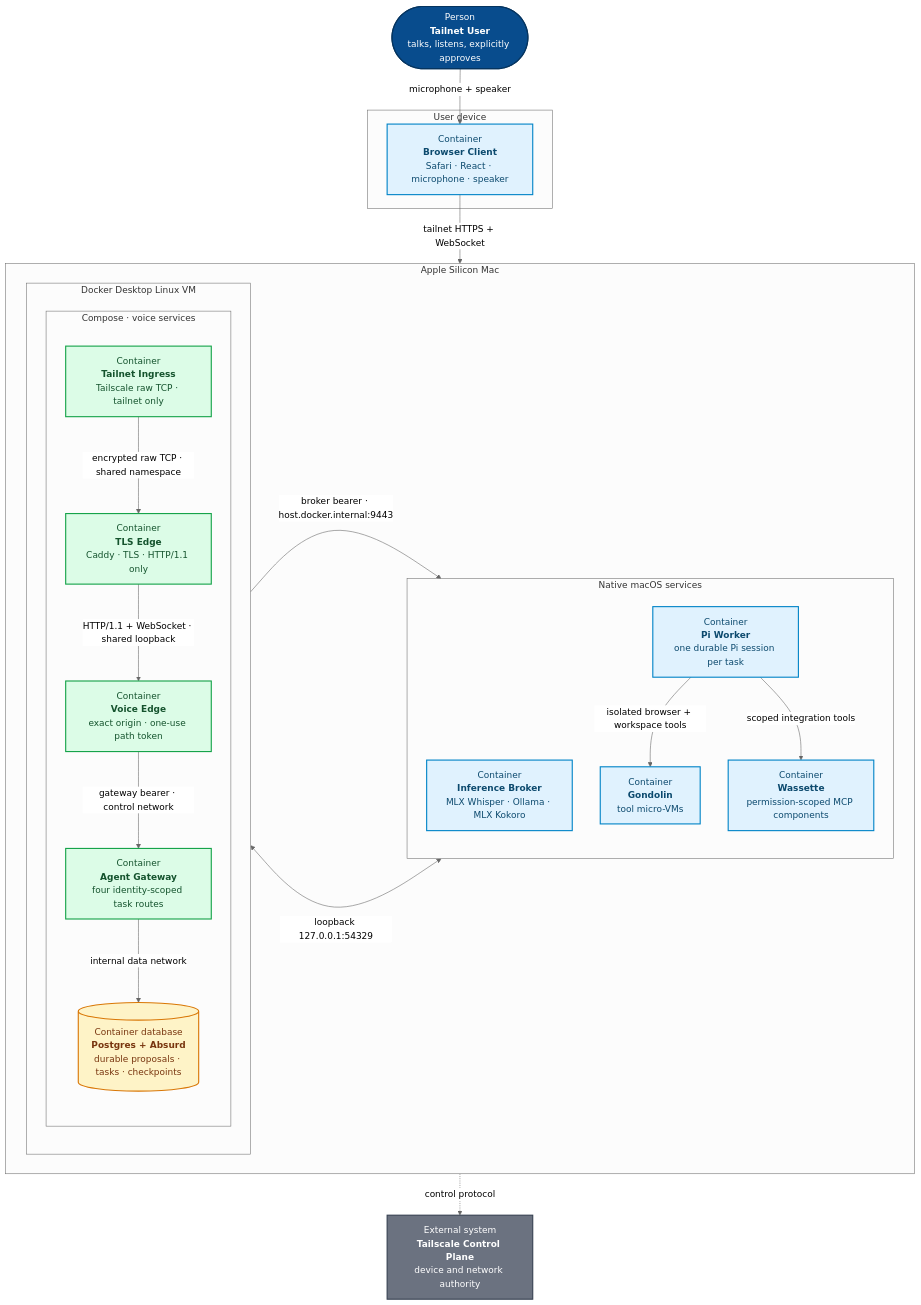
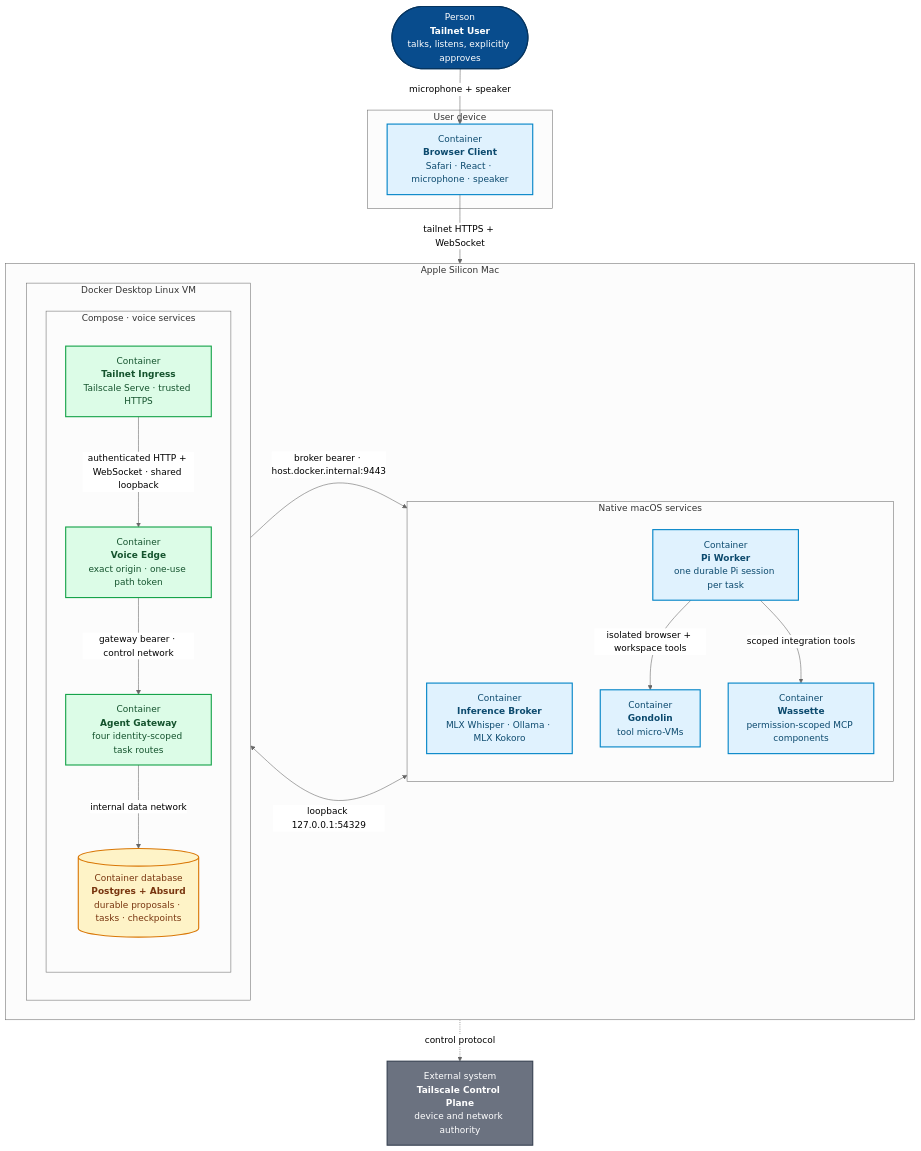
One commit to ragavsathish/agent-workload-platform changed the diagram in workloads/pipecat-mlx-voice/docs/architecture/deployment-security.mmd. Above: the diagram before and after it, drawn with Mermaid (neutral theme). The commit also changed 27 other files, not shown here.

Commit message:
feat(voice): add Pi backend and simplify tailnet ingress

```diff
--- a/workloads/pipecat-mlx-voice/docs/architecture/deployment-security.mmd
+++ b/workloads/pipecat-mlx-voice/docs/architecture/deployment-security.mmd
@@ -1,55 +1,53 @@
 flowchart TB
     %% C4 deployment view: private voice ingress and isolated agent tools.
     USER(["Person<br/><b>Tailnet User</b><br/>talks, listens, explicitly approves"])
     CONTROL["External system<br/><b>Tailscale Control Plane</b><br/>device and network authority"]
 
     subgraph DEVICE["User device"]
         BROWSER["Container<br/><b>Browser Client</b><br/>Safari · React · microphone · speaker"]
     end
 
     subgraph MAC["Apple Silicon Mac"]
         direction LR
         subgraph DOCKER["Docker Desktop Linux VM"]
             direction TB
             subgraph COMPOSE["Compose · voice services"]
                 direction TB
-                INGRESS["Container<br/><b>Tailnet Ingress</b><br/>Tailscale raw TCP · tailnet only"]
-                TLSEDGE["Container<br/><b>TLS Edge</b><br/>Caddy · TLS · HTTP/1.1 only"]
+                INGRESS["Container<br/><b>Tailnet Ingress</b><br/>Tailscale Serve · trusted HTTPS"]
                 EDGE["Container<br/><b>Voice Edge</b><br/>exact origin · one-use path token"]
                 GATEWAY["Container<br/><b>Agent Gateway</b><br/>four identity-scoped task routes"]
                 DB[("Container database<br/><b>Postgres + Absurd</b><br/>durable proposals · tasks · checkpoints")]
-                INGRESS -->|"encrypted raw TCP · shared namespace"| TLSEDGE
-                TLSEDGE -->|"HTTP/1.1 + WebSocket · shared loopback"| EDGE
+                INGRESS -->|"authenticated HTTP + WebSocket · shared loopback"| EDGE
                 EDGE -->|"gateway bearer · control network"| GATEWAY
                 GATEWAY -->|"internal data network"| DB
             end
         end
 
         subgraph NATIVE["Native macOS services"]
             direction TB
             BROKER["Container<br/><b>Inference Broker</b><br/>MLX Whisper · Ollama · MLX Kokoro"]
             WORKER["Container<br/><b>Pi Worker</b><br/>one durable Pi session per task"]
             GONDOLIN["Container<br/><b>Gondolin</b><br/>tool micro-VMs"]
             WASSETTE["Container<br/><b>Wassette</b><br/>permission-scoped MCP components"]
             WORKER -->|"isolated browser + workspace tools"| GONDOLIN
             WORKER -->|"scoped integration tools"| WASSETTE
         end
 
         EDGE -->|"broker bearer · host.docker.internal:9443"| BROKER
         DB <-->|"loopback 127.0.0.1:54329"| WORKER
     end
 
     USER -->|"microphone + speaker"| BROWSER
     BROWSER -->|"tailnet HTTPS + WebSocket"| INGRESS
     INGRESS -.->|"control protocol"| CONTROL
 
     classDef person fill:#084c8d,color:#fff,stroke:#05345f,stroke-width:2px;
     classDef external fill:#6b7280,color:#fff,stroke:#374151,stroke-width:2px;
     classDef container fill:#e0f2fe,color:#0c4a6e,stroke:#0284c7,stroke-width:2px;
     classDef security fill:#dcfce7,color:#14532d,stroke:#16a34a,stroke-width:2px;
     classDef data fill:#fef3c7,color:#78350f,stroke:#d97706,stroke-width:2px;
     class USER person;
     class CONTROL external;
     class BROWSER,BROKER,WORKER,GONDOLIN,WASSETTE container;
     class INGRESS,TLSEDGE,EDGE,GATEWAY security;
     class DB data;
```
